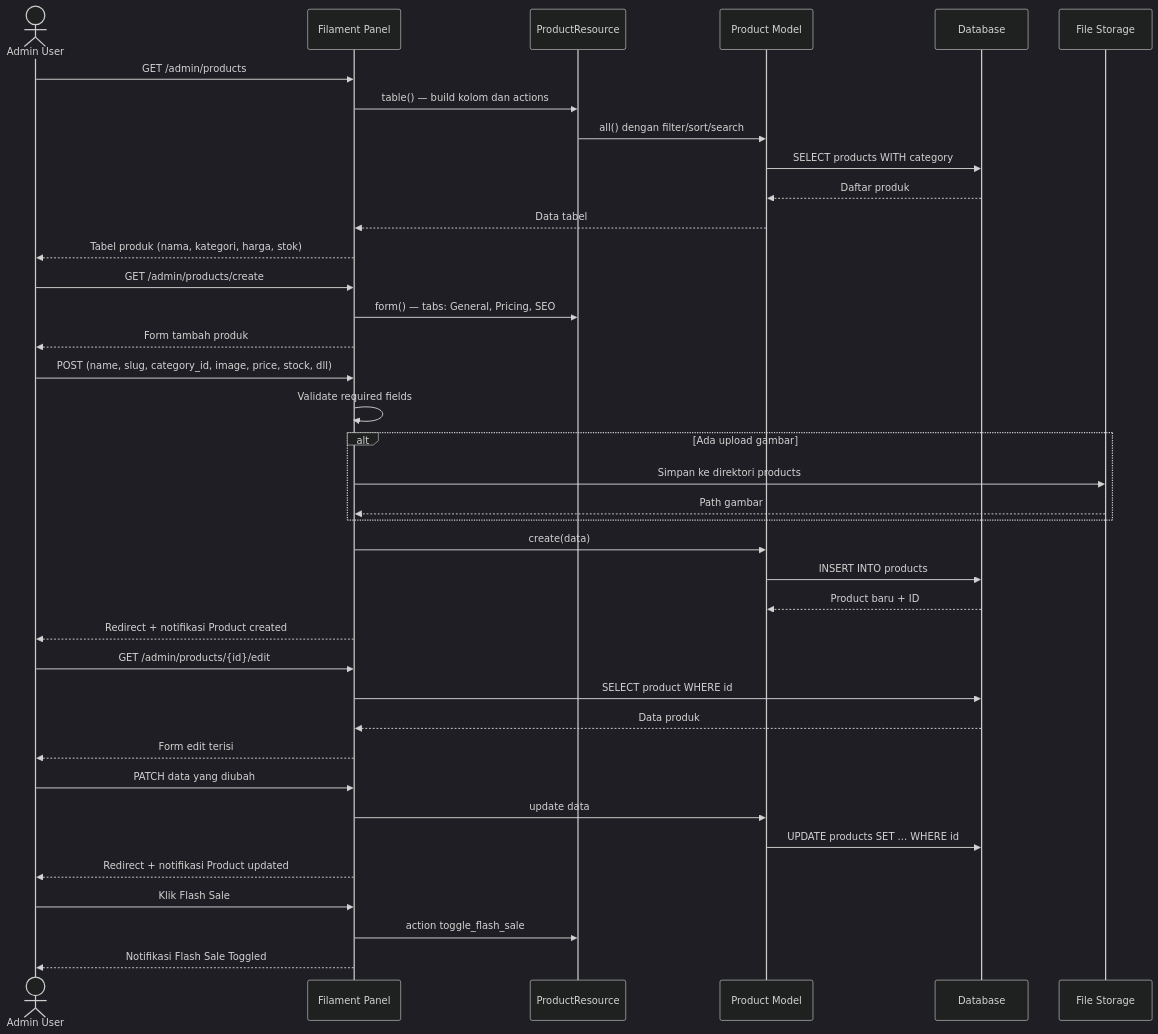
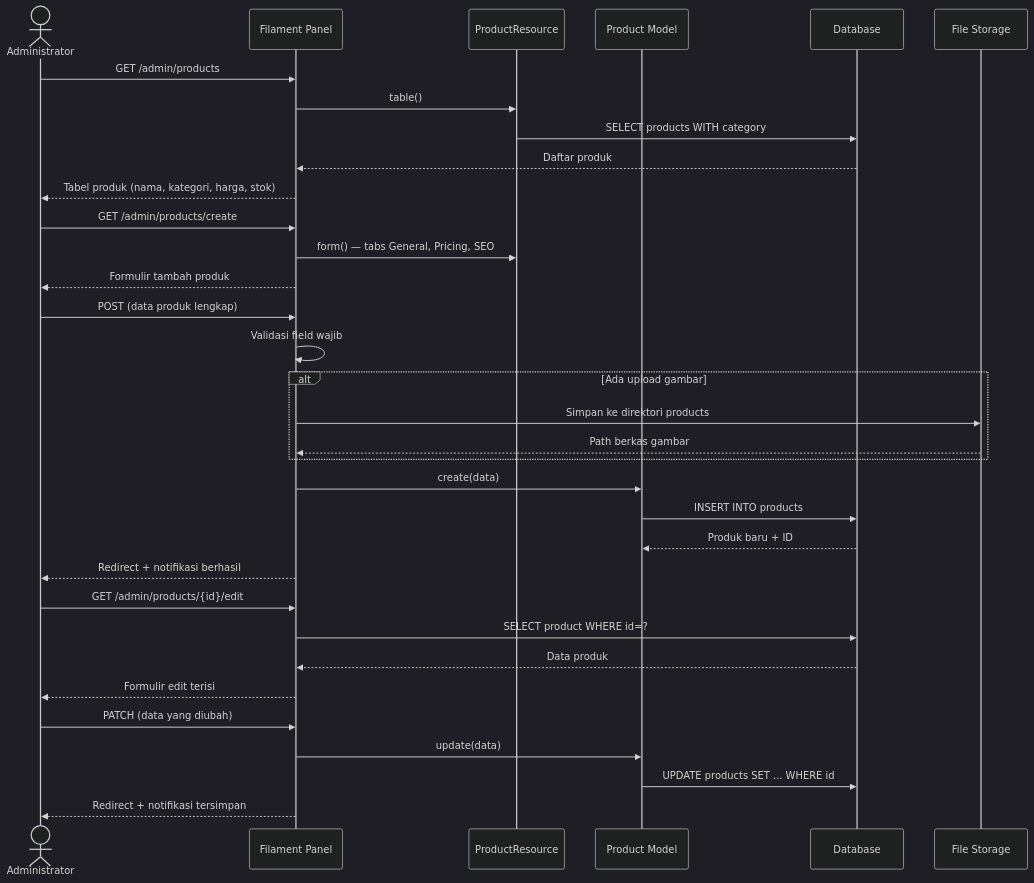
One commit to mustarisyahding07-spec/WEBSITE_SKRIPSI_MUSTARI changed diagram 14 of 17 in docs/SEQUENCE_DIAGRAM_DOKUMENTASI.md. Above: the diagram before and after it, drawn with Mermaid (dark theme). The commit also changed other lines of this file, not shown here.

Commit message:
docs: perbarui penjelasan sequence diagram ke format paragraf akademik

````diff
--- a/docs/SEQUENCE_DIAGRAM_DOKUMENTASI.md
+++ b/docs/SEQUENCE_DIAGRAM_DOKUMENTASI.md
@@ -705,46 +607,40 @@
 ```mermaid
 sequenceDiagram
-    actor Admin as Admin User
+    actor Admin as Administrator
     participant Filament as Filament Panel
     participant PR as ProductResource
     participant ProductM as Product Model
     participant DB as Database
     participant Storage as File Storage
 
     Admin->>Filament: GET /admin/products
-    Filament->>PR: table() — build kolom dan actions
-    PR->>ProductM: all() dengan filter/sort/search
-    ProductM->>DB: SELECT products WITH category
-    DB-->>ProductM: Daftar produk
-    ProductM-->>Filament: Data tabel
+    Filament->>PR: table()
+    PR->>DB: SELECT products WITH category
+    DB-->>Filament: Daftar produk
     Filament-->>Admin: Tabel produk (nama, kategori, harga, stok)
 
     Admin->>Filament: GET /admin/products/create
-    Filament->>PR: form() — tabs: General, Pricing, SEO
-    Filament-->>Admin: Form tambah produk
+    Filament->>PR: form() — tabs General, Pricing, SEO
+    Filament-->>Admin: Formulir tambah produk
 
-    Admin->>Filament: POST (name, slug, category_id, image, price, stock, dll)
-    Filament->>Filament: Validate required fields
+    Admin->>Filament: POST (data produk lengkap)
+    Filament->>Filament: Validasi field wajib
     alt Ada upload gambar
         Filament->>Storage: Simpan ke direktori products
-        Storage-->>Filament: Path gambar
+        Storage-->>Filament: Path berkas gambar
     end
     Filament->>ProductM: create(data)
     ProductM->>DB: INSERT INTO products
-    DB-->>ProductM: Product baru + ID
-    Filament-->>Admin: Redirect + notifikasi Product created
+    DB-->>ProductM: Produk baru + ID
+    Filament-->>Admin: Redirect + notifikasi berhasil
 
     Admin->>Filament: GET /admin/products/{id}/edit
-    Filament->>DB: SELECT product WHERE id
+    Filament->>DB: SELECT product WHERE id=?
     DB-->>Filament: Data produk
-    Filament-->>Admin: Form edit terisi
+    Filament-->>Admin: Formulir edit terisi
 
-    Admin->>Filament: PATCH data yang diubah
-    Filament->>ProductM: update data
+    Admin->>Filament: PATCH (data yang diubah)
+    Filament->>ProductM: update(data)
     ProductM->>DB: UPDATE products SET ... WHERE id
-    Filament-->>Admin: Redirect + notifikasi Product updated
-
-    Admin->>Filament: Klik Flash Sale
-    Filament->>PR: action toggle_flash_sale
-    Filament-->>Admin: Notifikasi Flash Sale Toggled
+    Filament-->>Admin: Redirect + notifikasi tersimpan
 ```
````
